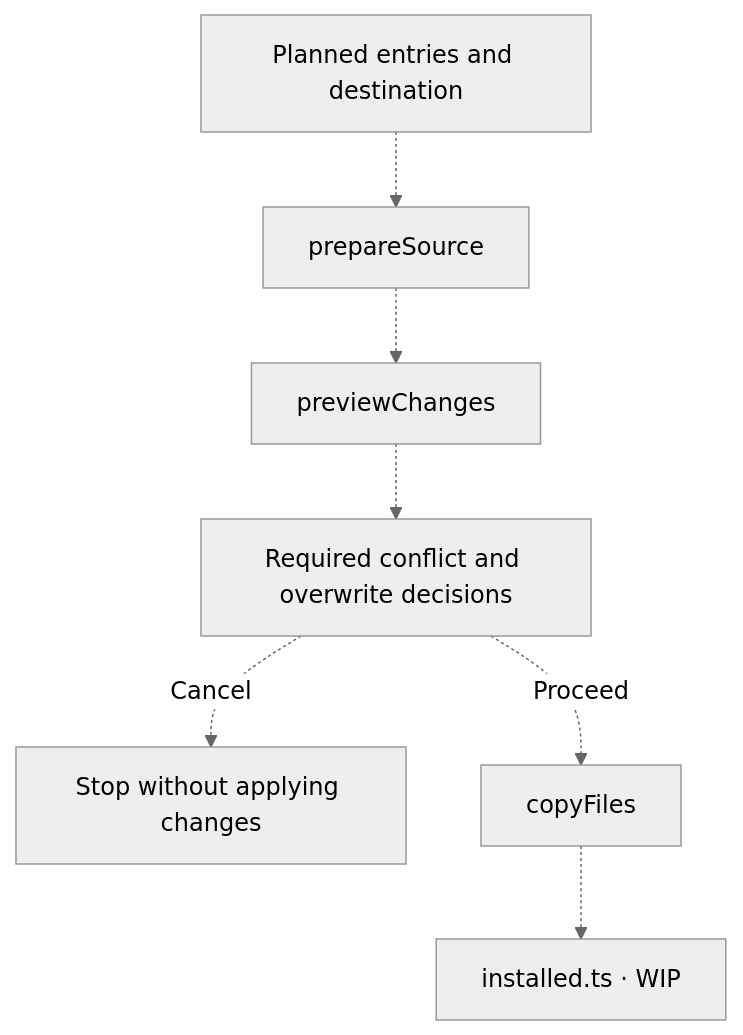
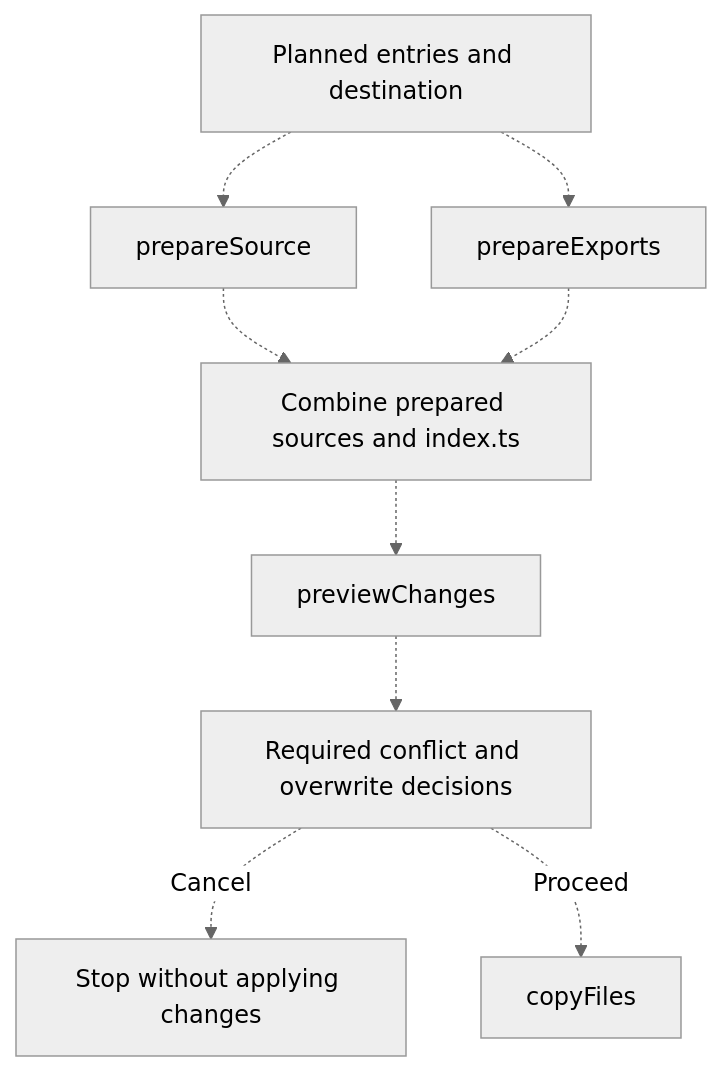
The fifth of 5 diagrams in cli/installation/README.md (feuersteiner/bref-ui), drawn with Mermaid (neutral theme) before and after one commit. The commit also changed other lines of this file and 13 other files, not shown here.

````diff
--- a/cli/installation/README.md
+++ b/cli/installation/README.md
@@ -111,9 +137,11 @@
 ```mermaid
 flowchart TD
     entries["Planned entries and destination"] -.-> prepare["prepareSource"]
-    prepare -.-> preview["previewChanges"]
+    entries -.-> exports["prepareExports"]
+    prepare -.-> files["Combine prepared sources and index.ts"]
+    exports -.-> files
+    files -.-> preview["previewChanges"]
     preview -.-> decisions["Required conflict and overwrite decisions"]
     decisions -.->|Cancel| stop["Stop without applying changes"]
     decisions -.->|Proceed| copy["copyFiles"]
-    copy -.-> exports["installed.ts · WIP"]
 ```
````
